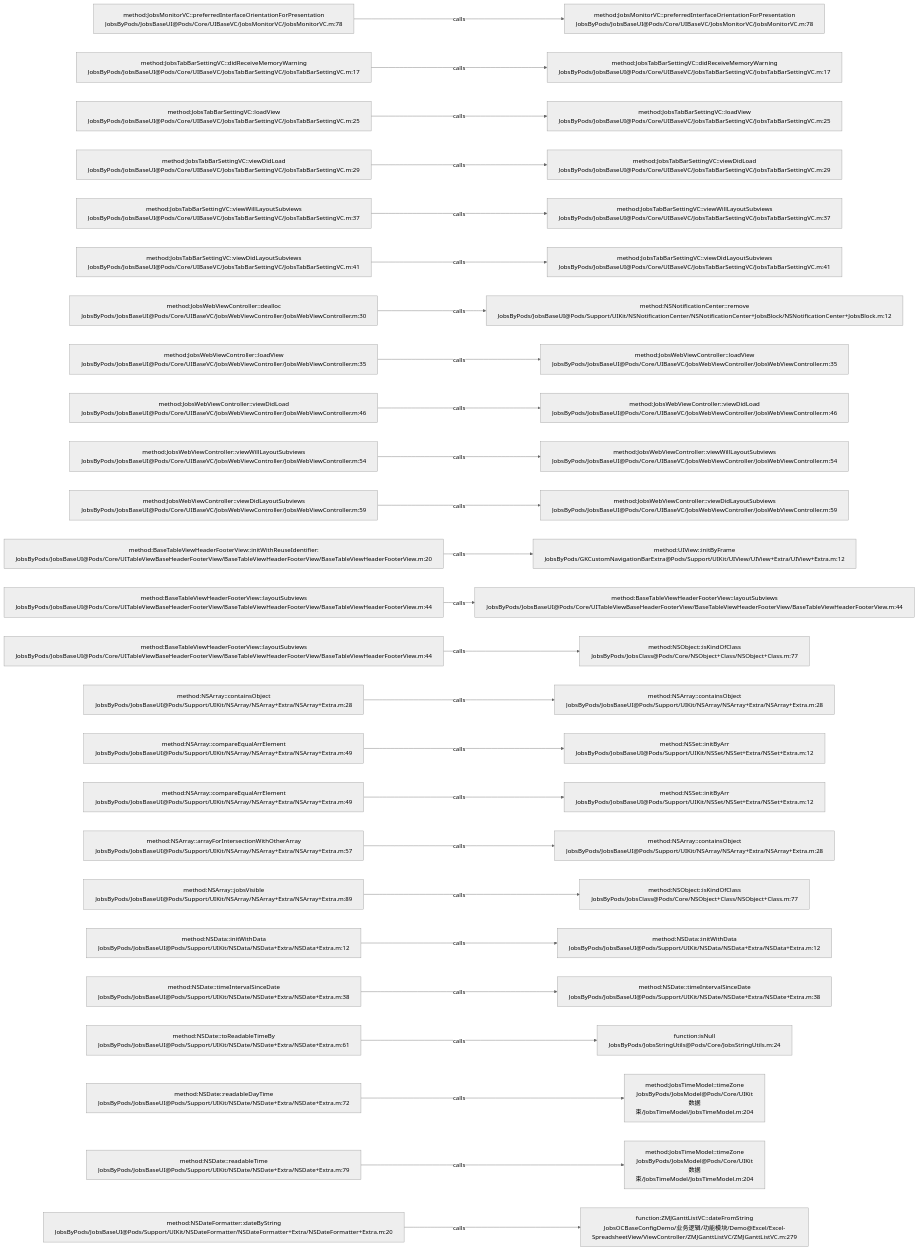
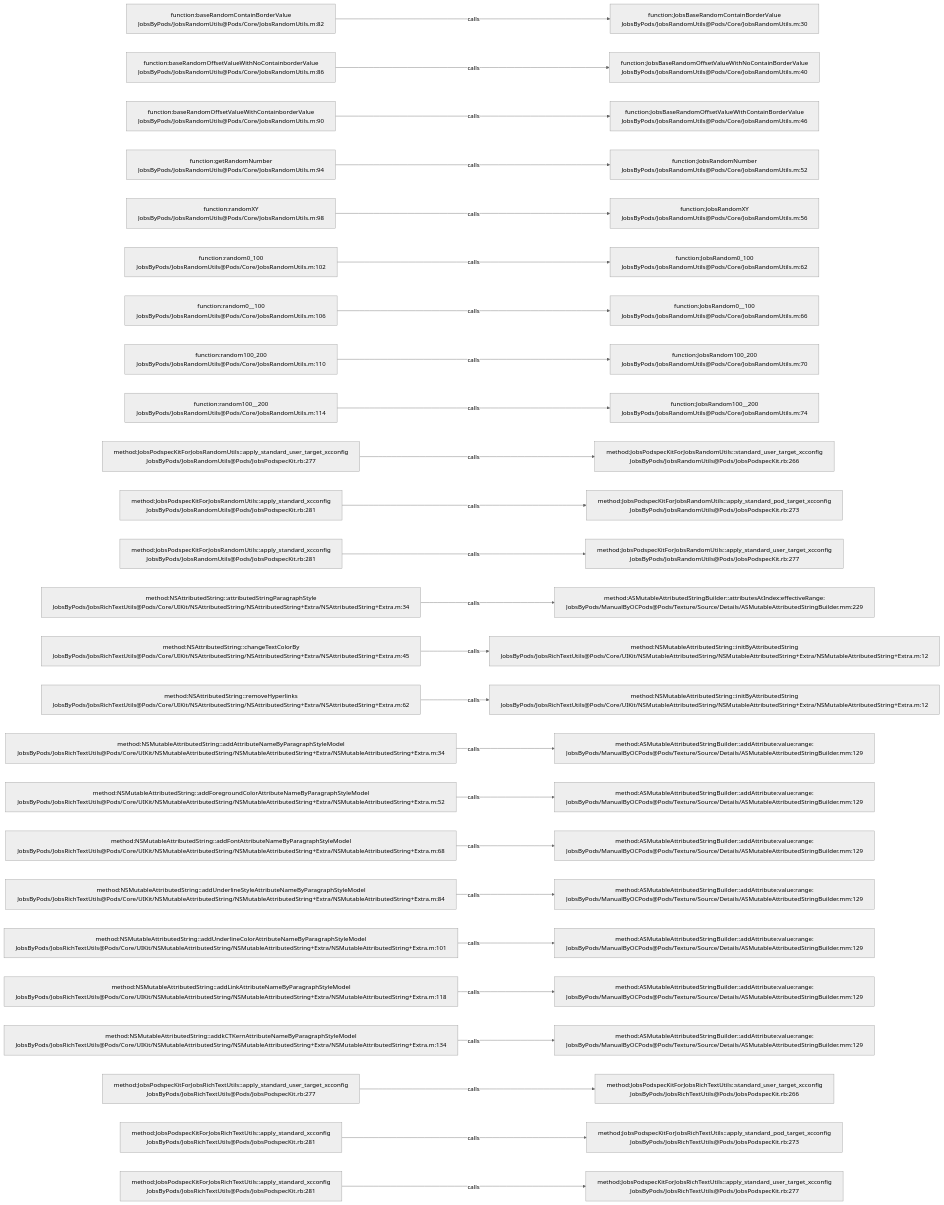
The diagram in .codegraph/codegraph.md/graphs/calls-020.md (JobsKits/JobsOCBaseConfigDemo), drawn with Mermaid (neutral theme) before and after one commit. The commit also changed 2162 other files, not shown here.

````diff
--- a/.codegraph/codegraph.md/graphs/calls-020.md
+++ b/.codegraph/codegraph.md/graphs/calls-020.md
@@ -13,78 +13,78 @@
 ```mermaid
 flowchart LR
-  S1["method:JobsMonitorVC::preferredInterfaceOrientationForPresentation<br/>JobsByPods/JobsBaseUI@Pods/Core/UIBaseVC/JobsMonitorVC/JobsMonitorVC.m:78"]
-  T1["method:JobsMonitorVC::preferredInterfaceOrientationForPresentation<br/>JobsByPods/JobsBaseUI@Pods/Core/UIBaseVC/JobsMonitorVC/JobsMonitorVC.m:78"]
+  S1["function:baseRandomContainBorderValue<br/>JobsByPods/JobsRandomUtils@Pods/Core/JobsRandomUtils.m:82"]
+  T1["function:JobsBaseRandomContainBorderValue<br/>JobsByPods/JobsRandomUtils@Pods/Core/JobsRandomUtils.m:30"]
   S1 -->|calls| T1
-  S2["method:JobsTabBarSettingVC::didReceiveMemoryWarning<br/>JobsByPods/JobsBaseUI@Pods/Core/UIBaseVC/JobsTabBarSettingVC/JobsTabBarSettingVC.m:17"]
-  T2["method:JobsTabBarSettingVC::didReceiveMemoryWarning<br/>JobsByPods/JobsBaseUI@Pods/Core/UIBaseVC/JobsTabBarSettingVC/JobsTabBarSettingVC.m:17"]
+  S2["function:baseRandomOffsetValueWithNoContainborderValue<br/>JobsByPods/JobsRandomUtils@Pods/Core/JobsRandomUtils.m:86"]
+  T2["function:JobsBaseRandomOffsetValueWithNoContainBorderValue<br/>JobsByPods/JobsRandomUtils@Pods/Core/JobsRandomUtils.m:40"]
   S2 -->|calls| T2
-  S3["method:JobsTabBarSettingVC::loadView<br/>JobsByPods/JobsBaseUI@Pods/Core/UIBaseVC/JobsTabBarSettingVC/JobsTabBarSettingVC.m:25"]
-  T3["method:JobsTabBarSettingVC::loadView<br/>JobsByPods/JobsBaseUI@Pods/Core/UIBaseVC/JobsTabBarSettingVC/JobsTabBarSettingVC.m:25"]
+  S3["function:baseRandomOffsetValueWithContainborderValue<br/>JobsByPods/JobsRandomUtils@Pods/Core/JobsRandomUtils.m:90"]
+  T3["function:JobsBaseRandomOffsetValueWithContainBorderValue<br/>JobsByPods/JobsRandomUtils@Pods/Core/JobsRandomUtils.m:46"]
   S3 -->|calls| T3
-  S4["method:JobsTabBarSettingVC::viewDidLoad<br/>JobsByPods/JobsBaseUI@Pods/Core/UIBaseVC/JobsTabBarSettingVC/JobsTabBarSettingVC.m:29"]
-  T4["method:JobsTabBarSettingVC::viewDidLoad<br/>JobsByPods/JobsBaseUI@Pods/Core/UIBaseVC/JobsTabBarSettingVC/JobsTabBarSettingVC.m:29"]
+  S4["function:getRandomNumber<br/>JobsByPods/JobsRandomUtils@Pods/Core/JobsRandomUtils.m:94"]
+  T4["function:JobsRandomNumber<br/>JobsByPods/JobsRandomUtils@Pods/Core/JobsRandomUtils.m:52"]
   S4 -->|calls| T4
-  S5["method:JobsTabBarSettingVC::viewWillLayoutSubviews<br/>JobsByPods/JobsBaseUI@Pods/Core/UIBaseVC/JobsTabBarSettingVC/JobsTabBarSettingVC.m:37"]
-  T5["method:JobsTabBarSettingVC::viewWillLayoutSubviews<br/>JobsByPods/JobsBaseUI@Pods/Core/UIBaseVC/JobsTabBarSettingVC/JobsTabBarSettingVC.m:37"]
+  S5["function:randomXY<br/>JobsByPods/JobsRandomUtils@Pods/Core/JobsRandomUtils.m:98"]
+  T5["function:JobsRandomXY<br/>JobsByPods/JobsRandomUtils@Pods/Core/JobsRandomUtils.m:56"]
   S5 -->|calls| T5
-  S6["method:JobsTabBarSettingVC::viewDidLayoutSubviews<br/>JobsByPods/JobsBaseUI@Pods/Core/UIBaseVC/JobsTabBarSettingVC/JobsTabBarSettingVC.m:41"]
-  T6["method:JobsTabBarSettingVC::viewDidLayoutSubviews<br/>JobsByPods/JobsBaseUI@Pods/Core/UIBaseVC/JobsTabBarSettingVC/JobsTabBarSettingVC.m:41"]
+  S6["function:random0_100<br/>JobsByPods/JobsRandomUtils@Pods/Core/JobsRandomUtils.m:102"]
+  T6["function:JobsRandom0_100<br/>JobsByPods/JobsRandomUtils@Pods/Core/JobsRandomUtils.m:62"]
   S6 -->|calls| T6
-  S7["method:JobsWebViewController::dealloc<br/>JobsByPods/JobsBaseUI@Pods/Core/UIBaseVC/JobsWebViewController/JobsWebViewController.m:30"]
-  T7["method:NSNotificationCenter::remove<br/>JobsByPods/JobsBaseUI@Pods/Support/UIKit/NSNotificationCenter/NSNotificationCenter+JobsBlock/NSNotificationCenter+JobsBlock.m:12"]
+  S7["function:random0__100<br/>JobsByPods/JobsRandomUtils@Pods/Core/JobsRandomUtils.m:106"]
+  T7["function:JobsRandom0__100<br/>JobsByPods/JobsRandomUtils@Pods/Core/JobsRandomUtils.m:66"]
   S7 -->|calls| T7
-  S8["method:JobsWebViewController::loadView<br/>JobsByPods/JobsBaseUI@Pods/Core/UIBaseVC/JobsWebViewController/JobsWebViewController.m:35"]
-  T8["method:JobsWebViewController::loadView<br/>JobsByPods/JobsBaseUI@Pods/Core/UIBaseVC/JobsWebViewController/JobsWebViewController.m:35"]
+  S8["function:random100_200<br/>JobsByPods/JobsRandomUtils@Pods/Core/JobsRandomUtils.m:110"]
+  T8["function:JobsRandom100_200<br/>JobsByPods/JobsRandomUtils@Pods/Core/JobsRandomUtils.m:70"]
   S8 -->|calls| T8
-  S9["method:JobsWebViewController::viewDidLoad<br/>JobsByPods/JobsBaseUI@Pods/Core/UIBaseVC/JobsWebViewController/JobsWebViewController.m:46"]
-  T9["method:JobsWebViewController::viewDidLoad<br/>JobsByPods/JobsBaseUI@Pods/Core/UIBaseVC/JobsWebViewController/JobsWebViewController.m:46"]
+  S9["function:random100__200<br/>JobsByPods/JobsRandomUtils@Pods/Core/JobsRandomUtils.m:114"]
+  T9["function:JobsRandom100__200<br/>JobsByPods/JobsRandomUtils@Pods/Core/JobsRandomUtils.m:74"]
   S9 -->|calls| T9
-  S10["method:JobsWebViewController::viewWillLayoutSubviews<br/>JobsByPods/JobsBaseUI@Pods/Core/UIBaseVC/JobsWebViewController/JobsWebViewController.m:54"]
-  T10["method:JobsWebViewController::viewWillLayoutSubviews<br/>JobsByPods/JobsBaseUI@Pods/Core/UIBaseVC/JobsWebViewController/JobsWebViewController.m:54"]
+  S10["method:JobsPodspecKitForJobsRandomUtils::apply_standard_user_target_xcconfig<br/>JobsByPods/JobsRandomUtils@Pods/JobsPodspecKit.rb:277"]
+  T10["method:JobsPodspecKitForJobsRandomUtils::standard_user_target_xcconfig<br/>JobsByPods/JobsRandomUtils@Pods/JobsPodspecKit.rb:266"]
   S10 -->|calls| T10
-  S11["method:JobsWebViewController::viewDidLayoutSubviews<br/>JobsByPods/JobsBaseUI@Pods/Core/UIBaseVC/JobsWebViewController/JobsWebViewController.m:59"]
-  T11["method:JobsWebViewController::viewDidLayoutSubviews<br/>JobsByPods/JobsBaseUI@Pods/Core/UIBaseVC/JobsWebViewController/JobsWebViewController.m:59"]
+  S11["method:JobsPodspecKitForJobsRandomUtils::apply_standard_xcconfig<br/>JobsByPods/JobsRandomUtils@Pods/JobsPodspecKit.rb:281"]
+  T11["method:JobsPodspecKitForJobsRandomUtils::apply_standard_pod_target_xcconfig<br/>JobsByPods/JobsRandomUtils@Pods/JobsPodspecKit.rb:273"]
   S11 -->|calls| T11
-  S12["method:BaseTableViewHeaderFooterView::initWithReuseIdentifier:<br/>JobsByPods/JobsBaseUI@Pods/Core/UITableViewBaseHeaderFooterView/BaseTableViewHeaderFooterView/BaseTableViewHeaderFooterView.m:20"]
-  T12["method:UIView::initByFrame<br/>JobsByPods/GKCustomNavigationBarExtra@Pods/Support/UIKit/UIView/UIView+Extra/UIView+Extra.m:12"]
+  S12["method:JobsPodspecKitForJobsRandomUtils::apply_standard_xcconfig<br/>JobsByPods/JobsRandomUtils@Pods/JobsPodspecKit.rb:281"]
+  T12["method:JobsPodspecKitForJobsRandomUtils::apply_standard_user_target_xcconfig<br/>JobsByPods/JobsRandomUtils@Pods/JobsPodspecKit.rb:277"]
   S12 -->|calls| T12
-  S13["method:BaseTableViewHeaderFooterView::layoutSubviews<br/>JobsByPods/JobsBaseUI@Pods/Core/UITableViewBaseHeaderFooterView/BaseTableViewHeaderFooterView/BaseTableViewHeaderFooterView.m:44"]
-  T13["method:BaseTableViewHeaderFooterView::layoutSubviews<br/>JobsByPods/JobsBaseUI@Pods/Core/UITableViewBaseHeaderFooterView/BaseTableViewHeaderFooterView/BaseTableViewHeaderFooterView.m:44"]
+  S13["method:NSAttributedString::attributedStringParagraphStyle<br/>JobsByPods/JobsRichTextUtils@Pods/Core/UIKit/NSAttributedString/NSAttributedString+Extra/NSAttributedString+Extra.m:34"]
+  T13["method:ASMutableAttributedStringBuilder::attributesAtIndex:effectiveRange:<br/>JobsByPods/ManualByOCPods@Pods/Texture/Source/Details/ASMutableAttributedStringBuilder.mm:229"]
   S13 -->|calls| T13
-  S14["method:BaseTableViewHeaderFooterView::layoutSubviews<br/>JobsByPods/JobsBaseUI@Pods/Core/UITableViewBaseHeaderFooterView/BaseTableViewHeaderFooterView/BaseTableViewHeaderFooterView.m:44"]
-  T14["method:NSObject::isKindOfClass<br/>JobsByPods/JobsClass@Pods/Core/NSObject+Class/NSObject+Class.m:77"]
+  S14["method:NSAttributedString::changeTextColorBy<br/>JobsByPods/JobsRichTextUtils@Pods/Core/UIKit/NSAttributedString/NSAttributedString+Extra/NSAttributedString+Extra.m:45"]
+  T14["method:NSMutableAttributedString::initByAttributedString<br/>JobsByPods/JobsRichTextUtils@Pods/Core/UIKit/NSMutableAttributedString/NSMutableAttributedString+Extra/NSMutableAttributedString+Extra.m:12"]
   S14 -->|calls| T14
-  S15["method:NSArray::containsObject<br/>JobsByPods/JobsBaseUI@Pods/Support/UIKit/NSArray/NSArray+Extra/NSArray+Extra.m:28"]
-  T15["method:NSArray::containsObject<br/>JobsByPods/JobsBaseUI@Pods/Support/UIKit/NSArray/NSArray+Extra/NSArray+Extra.m:28"]
+  S15["method:NSAttributedString::removeHyperlinks<br/>JobsByPods/JobsRichTextUtils@Pods/Core/UIKit/NSAttributedString/NSAttributedString+Extra/NSAttributedString+Extra.m:62"]
+  T15["method:NSMutableAttributedString::initByAttributedString<br/>JobsByPods/JobsRichTextUtils@Pods/Core/UIKit/NSMutableAttributedString/NSMutableAttributedString+Extra/NSMutableAttributedString+Extra.m:12"]
   S15 -->|calls| T15
-  S16["method:NSArray::compareEqualArrElement<br/>JobsByPods/JobsBaseUI@Pods/Support/UIKit/NSArray/NSArray+Extra/NSArray+Extra.m:49"]
-  T16["method:NSSet::initByArr<br/>JobsByPods/JobsBaseUI@Pods/Support/UIKit/NSSet/NSSet+Extra/NSSet+Extra.m:12"]
+  S16["method:NSMutableAttributedString::addAttributeNameByParagraphStyleModel<br/>JobsByPods/JobsRichTextUtils@Pods/Core/UIKit/NSMutableAttributedString/NSMutableAttributedString+Extra/NSMutableAttributedString+Extra.m:34"]
+  T16["method:ASMutableAttributedStringBuilder::addAttribute:value:range:<br/>JobsByPods/ManualByOCPods@Pods/Texture/Source/Details/ASMutableAttributedStringBuilder.mm:129"]
   S16 -->|calls| T16
-  S17["method:NSArray::compareEqualArrElement<br/>JobsByPods/JobsBaseUI@Pods/Support/UIKit/NSArray/NSArray+Extra/NSArray+Extra.m:49"]
-  T17["method:NSSet::initByArr<br/>JobsByPods/JobsBaseUI@Pods/Support/UIKit/NSSet/NSSet+Extra/NSSet+Extra.m:12"]
+  S17["method:NSMutableAttributedString::addForegroundColorAttributeNameByParagraphStyleModel<br/>JobsByPods/JobsRichTextUtils@Pods/Core/UIKit/NSMutableAttributedString/NSMutableAttributedString+Extra/NSMutableAttributedString+Extra.m:52"]
+  T17["method:ASMutableAttributedStringBuilder::addAttribute:value:range:<br/>JobsByPods/ManualByOCPods@Pods/Texture/Source/Details/ASMutableAttributedStringBuilder.mm:129"]
   S17 -->|calls| T17
-  S18["method:NSArray::arrayForIntersectionWithOtherArray<br/>JobsByPods/JobsBaseUI@Pods/Support/UIKit/NSArray/NSArray+Extra/NSArray+Extra.m:57"]
-  T18["method:NSArray::containsObject<br/>JobsByPods/JobsBaseUI@Pods/Support/UIKit/NSArray/NSArray+Extra/NSArray+Extra.m:28"]
+  S18["method:NSMutableAttributedString::addFontAttributeNameByParagraphStyleModel<br/>JobsByPods/JobsRichTextUtils@Pods/Core/UIKit/NSMutableAttributedString/NSMutableAttributedString+Extra/NSMutableAttributedString+Extra.m:68"]
+  T18["method:ASMutableAttributedStringBuilder::addAttribute:value:range:<br/>JobsByPods/ManualByOCPods@Pods/Texture/Source/Details/ASMutableAttributedStringBuilder.mm:129"]
   S18 -->|calls| T18
-  S19["method:NSArray::jobsVisible<br/>JobsByPods/JobsBaseUI@Pods/Support/UIKit/NSArray/NSArray+Extra/NSArray+Extra.m:89"]
-  T19["method:NSObject::isKindOfClass<br/>JobsByPods/JobsClass@Pods/Core/NSObject+Class/NSObject+Class.m:77"]
+  S19["method:NSMutableAttributedString::addUnderlineStyleAttributeNameByParagraphStyleModel<br/>JobsByPods/JobsRichTextUtils@Pods/Core/UIKit/NSMutableAttributedString/NSMutableAttributedString+Extra/NSMutableAttributedString+Extra.m:84"]
+  T19["method:ASMutableAttributedStringBuilder::addAttribute:value:range:<br/>JobsByPods/ManualByOCPods@Pods/Texture/Source/Details/ASMutableAttributedStringBuilder.mm:129"]
   S19 -->|calls| T19
-  S20["method:NSData::initWithData<br/>JobsByPods/JobsBaseUI@Pods/Support/UIKit/NSData/NSData+Extra/NSData+Extra.m:12"]
-  T20["method:NSData::initWithData<br/>JobsByPods/JobsBaseUI@Pods/Support/UIKit/NSData/NSData+Extra/NSData+Extra.m:12"]
+  S20["method:NSMutableAttributedString::addUnderlineColorAttributeNameByParagraphStyleModel<br/>JobsByPods/JobsRichTextUtils@Pods/Core/UIKit/NSMutableAttributedString/NSMutableAttributedString+Extra/NSMutableAttributedString+Extra.m:101"]
+  T20["method:ASMutableAttributedStringBuilder::addAttribute:value:range:<br/>JobsByPods/ManualByOCPods@Pods/Texture/Source/Details/ASMutableAttributedStringBuilder.mm:129"]
   S20 -->|calls| T20
-  S21["method:NSDate::timeIntervalSinceDate<br/>JobsByPods/JobsBaseUI@Pods/Support/UIKit/NSDate/NSDate+Extra/NSDate+Extra.m:38"]
-  T21["method:NSDate::timeIntervalSinceDate<br/>JobsByPods/JobsBaseUI@Pods/Support/UIKit/NSDate/NSDate+Extra/NSDate+Extra.m:38"]
+  S21["method:NSMutableAttributedString::addLinkAttributeNameByParagraphStyleModel<br/>JobsByPods/JobsRichTextUtils@Pods/Core/UIKit/NSMutableAttributedString/NSMutableAttributedString+Extra/NSMutableAttributedString+Extra.m:118"]
+  T21["method:ASMutableAttributedStringBuilder::addAttribute:value:range:<br/>JobsByPods/ManualByOCPods@Pods/Texture/Source/Details/ASMutableAttributedStringBuilder.mm:129"]
   S21 -->|calls| T21
-  S22["method:NSDate::toReadableTimeBy<br/>JobsByPods/JobsBaseUI@Pods/Support/UIKit/NSDate/NSDate+Extra/NSDate+Extra.m:61"]
-  T22["function:isNull<br/>JobsByPods/JobsStringUtils@Pods/Core/JobsStringUtils.m:24"]
+  S22["method:NSMutableAttributedString::addkCTKernAttributeNameByParagraphStyleModel<br/>JobsByPods/JobsRichTextUtils@Pods/Core/UIKit/NSMutableAttributedString/NSMutableAttributedString+Extra/NSMutableAttributedString+Extra.m:134"]
+  T22["method:ASMutableAttributedStringBuilder::addAttribute:value:range:<br/>JobsByPods/ManualByOCPods@Pods/Texture/Source/Details/ASMutableAttributedStringBuilder.mm:129"]
   S22 -->|calls| T22
-  S23["method:NSDate::readableDayTime<br/>JobsByPods/JobsBaseUI@Pods/Support/UIKit/NSDate/NSDate+Extra/NSDate+Extra.m:72"]
-  T23["method:JobsTimeModel::timeZone<br/>JobsByPods/JobsModel@Pods/Core/UIKit数据束/JobsTimeModel/JobsTimeModel.m:204"]
+  S23["method:JobsPodspecKitForJobsRichTextUtils::apply_standard_user_target_xcconfig<br/>JobsByPods/JobsRichTextUtils@Pods/JobsPodspecKit.rb:277"]
+  T23["method:JobsPodspecKitForJobsRichTextUtils::standard_user_target_xcconfig<br/>JobsByPods/JobsRichTextUtils@Pods/JobsPodspecKit.rb:266"]
   S23 -->|calls| T23
-  S24["method:NSDate::readableTime<br/>JobsByPods/JobsBaseUI@Pods/Support/UIKit/NSDate/NSDate+Extra/NSDate+Extra.m:79"]
-  T24["method:JobsTimeModel::timeZone<br/>JobsByPods/JobsModel@Pods/Core/UIKit数据束/JobsTimeModel/JobsTimeModel.m:204"]
+  S24["method:JobsPodspecKitForJobsRichTextUtils::apply_standard_xcconfig<br/>JobsByPods/JobsRichTextUtils@Pods/JobsPodspecKit.rb:281"]
+  T24["method:JobsPodspecKitForJobsRichTextUtils::apply_standard_pod_target_xcconfig<br/>JobsByPods/JobsRichTextUtils@Pods/JobsPodspecKit.rb:273"]
   S24 -->|calls| T24
-  S25["method:NSDateFormatter::dateByString<br/>JobsByPods/JobsBaseUI@Pods/Support/UIKit/NSDateFormatter/NSDateFormatter+Extra/NSDateFormatter+Extra.m:20"]
-  T25["function:ZMJGanttListVC::dateFromString<br/>JobsOCBaseConfigDemo/业务逻辑/功能模块/Demo@Excel/Excel-SpreadsheetView/ViewController/ZMJGanttListVC/ZMJGanttListVC.m:279"]
+  S25["method:JobsPodspecKitForJobsRichTextUtils::apply_standard_xcconfig<br/>JobsByPods/JobsRichTextUtils@Pods/JobsPodspecKit.rb:281"]
+  T25["method:JobsPodspecKitForJobsRichTextUtils::apply_standard_user_target_xcconfig<br/>JobsByPods/JobsRichTextUtils@Pods/JobsPodspecKit.rb:277"]
   S25 -->|calls| T25
 ```
````
